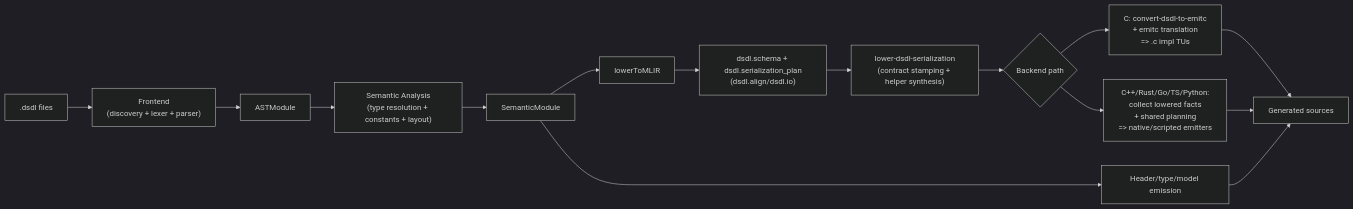
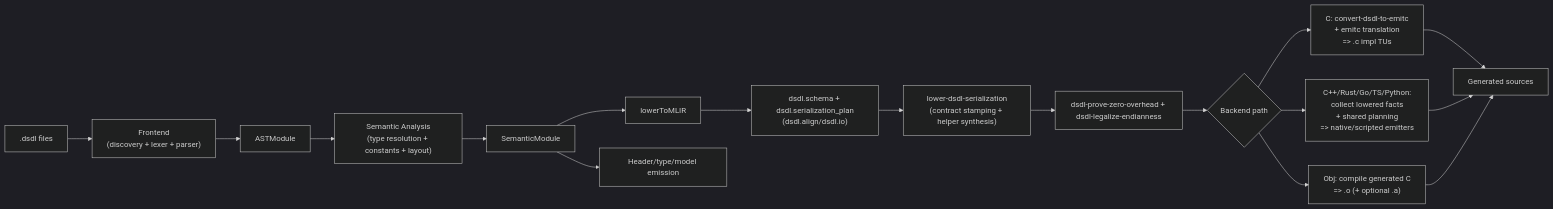
Before and after one commit to thirtytwobits/llvm-dsdl: the diagram in DESIGN.md, drawn with Mermaid (dark theme). The commit also changed other lines of this file and 61 other files, not shown here.

````diff
--- a/DESIGN.md
+++ b/DESIGN.md
@@ -25,17 +25,19 @@
 ```mermaid
 flowchart LR
   A[".dsdl files"] --> B["Frontend\n(discovery + lexer + parser)"]
   B --> C["ASTModule"]
   C --> D["Semantic Analysis\n(type resolution + constants + layout)"]
   D --> E["SemanticModule"]
   E --> F["lowerToMLIR"]
   F --> G["dsdl.schema + dsdl.serialization_plan\n(dsdl.align/dsdl.io)"]
   G --> H["lower-dsdl-serialization\n(contract stamping + helper synthesis)"]
-  H --> I{"Backend path"}
-  I --> J["C: convert-dsdl-to-emitc\n+ emitc translation\n=> .c impl TUs"]
-  I --> K["C++/Rust/Go/TS/Python:\ncollect lowered facts\n+ shared planning\n=> native/scripted emitters"]
+  H --> I["dsdl-prove-zero-overhead + dsdl-legalize-endianness"]
+  I --> K{"Backend path"}
+  K --> J["C: convert-dsdl-to-emitc\n+ emitc translation\n=> .c impl TUs"]
+  K --> O["C++/Rust/Go/TS/Python:\ncollect lowered facts\n+ shared planning\n=> native/scripted emitters"]
+  K --> N["Obj: compile generated C\n=> .o (+ optional .a)"]
   E --> L["Header/type/model emission"]
   J --> M["Generated sources"]
-  K --> M
-  L --> M
+  O --> M
+  N --> M
 ```
````
